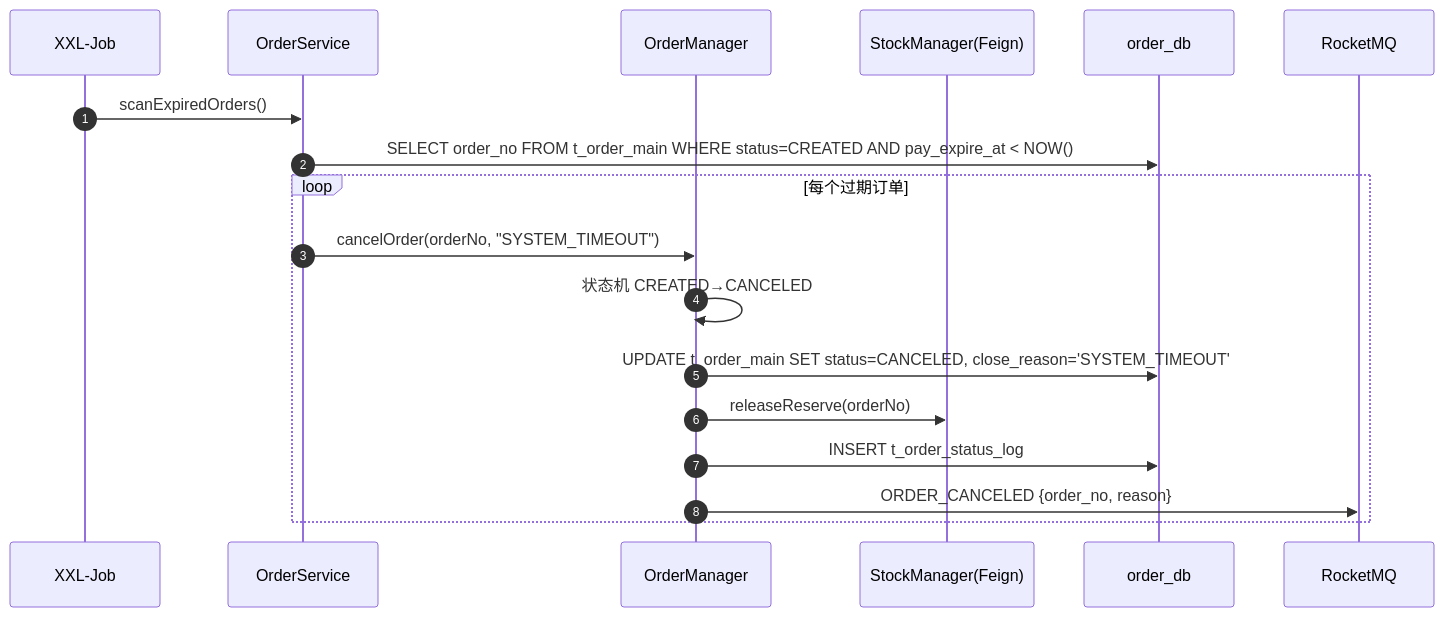
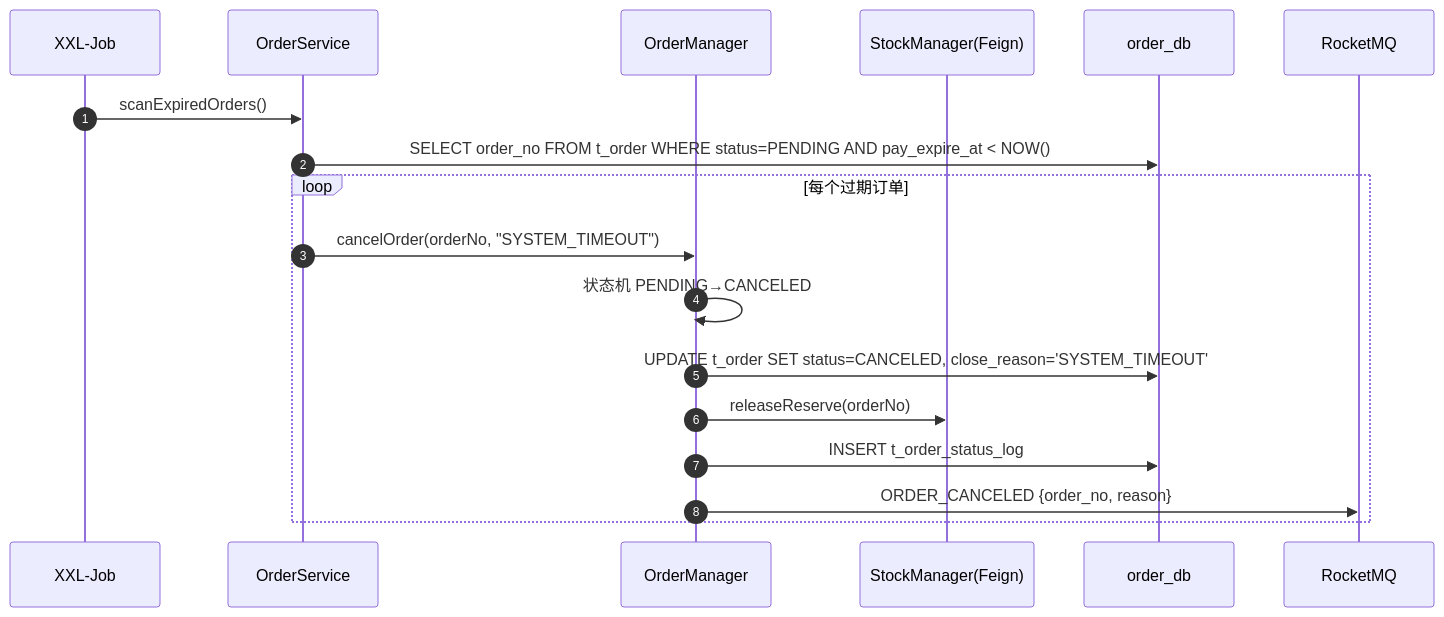
Before and after one commit to YiRancrazy/minimail_end_system: the fourth of 18 diagrams in .dev/docs/2. 设计阶段/07-模块详细设计.md, drawn with Mermaid. The commit also changed other lines of this file and 85 other files, not shown here.

````diff
--- a/.dev/docs/2. 设计阶段/07-模块详细设计.md
+++ b/.dev/docs/2. 设计阶段/07-模块详细设计.md
@@ -201,21 +201,21 @@
 ```mermaid
 sequenceDiagram
     autonumber
     participant JOB as XXL-Job
     participant OS as OrderService
     participant OM as OrderManager
     participant SM as StockManager(Feign)
     participant DB as order_db
     participant MQ as RocketMQ
 
     JOB->>OS: scanExpiredOrders()
-    OS->>DB: SELECT order_no FROM t_order_main WHERE status=CREATED AND pay_expire_at < NOW()
+    OS->>DB: SELECT order_no FROM t_order WHERE status=PENDING AND pay_expire_at < NOW()
     loop 每个过期订单
         OS->>OM: cancelOrder(orderNo, "SYSTEM_TIMEOUT")
-        OM->>OM: 状态机 CREATED→CANCELED
-        OM->>DB: UPDATE t_order_main SET status=CANCELED, close_reason='SYSTEM_TIMEOUT'
+        OM->>OM: 状态机 PENDING→CANCELED
+        OM->>DB: UPDATE t_order SET status=CANCELED, close_reason='SYSTEM_TIMEOUT'
         OM->>SM: releaseReserve(orderNo)
         OM->>DB: INSERT t_order_status_log
         OM->>MQ: ORDER_CANCELED {order_no, reason}
     end
 ```
````
